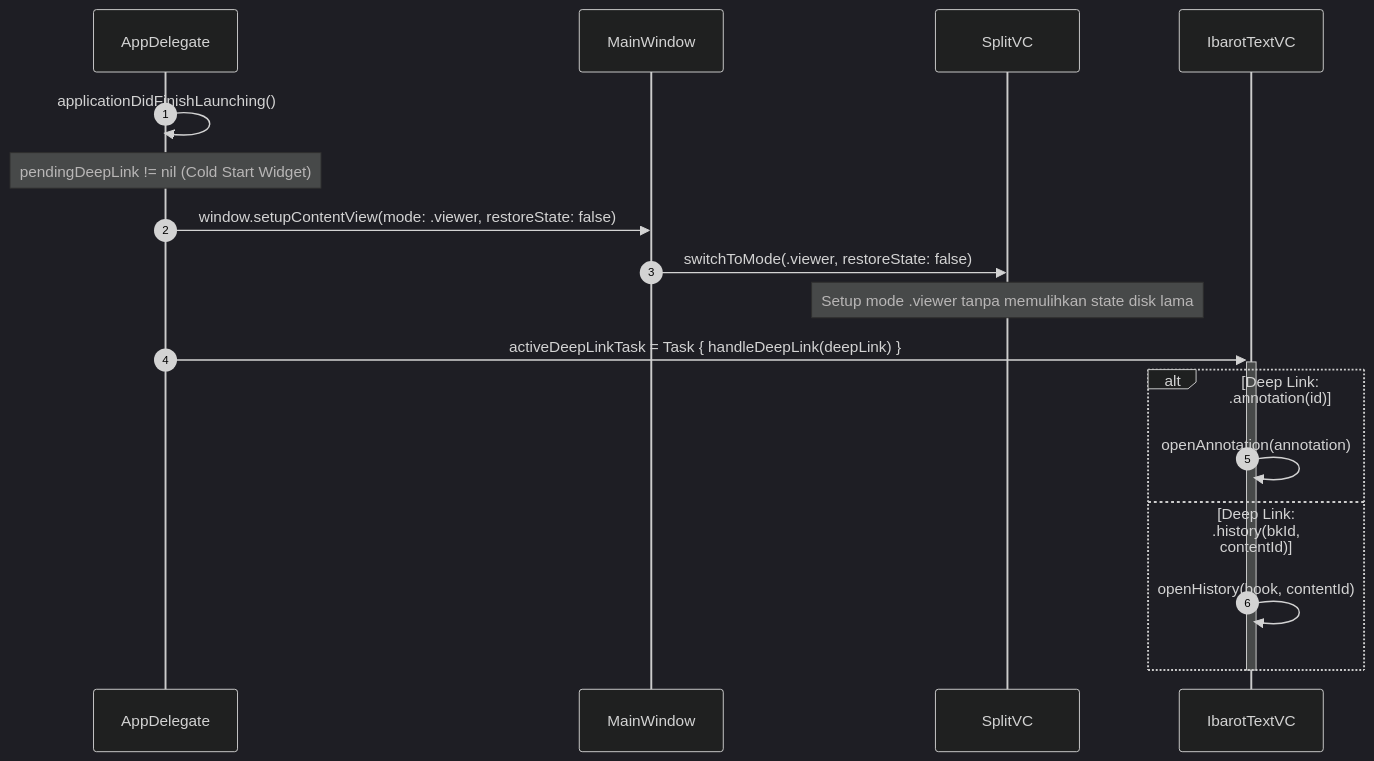
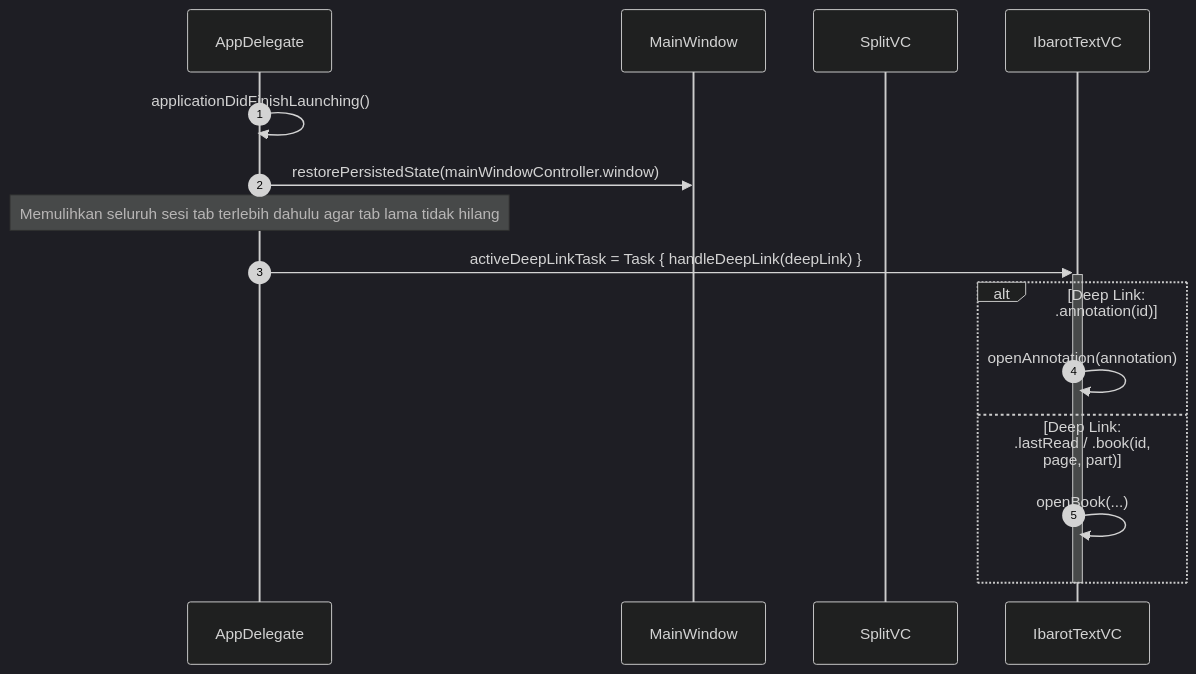
One commit to bismillah-100/Maktabah changed the tenth of 11 diagrams in docs/core/macos/splitvc.md. Above: the diagram before and after it, drawn with Mermaid (dark theme). The commit also changed other lines of this file and 13 other files, not shown here.

````diff
--- a/docs/core/macos/splitvc.md
+++ b/docs/core/macos/splitvc.md
@@ -227,22 +227,20 @@
 ```mermaid
 sequenceDiagram
     autonumber
     participant App as AppDelegate
     participant Win as MainWindow
     participant Split as SplitVC
     participant Reader as IbarotTextVC
 
     App->>App: applicationDidFinishLaunching()
-    Note over App: pendingDeepLink != nil (Cold Start Widget)
-    App->>Win: window.setupContentView(mode: .viewer, restoreState: false)
-    Win->>Split: switchToMode(.viewer, restoreState: false)
-    Note over Split: Setup mode .viewer tanpa memulihkan state disk lama
-
+    App->>Win: restorePersistedState(mainWindowController.window)
+    Note over App: Memulihkan seluruh sesi tab terlebih dahulu agar tab lama tidak hilang
+    
     App->>+Reader: activeDeepLinkTask = Task { handleDeepLink(deepLink) }
     alt Deep Link: .annotation(id)
         Reader->>Reader: openAnnotation(annotation)
-    else Deep Link: .history(bkId, contentId)
-        Reader->>Reader: openHistory(book, contentId)
+    else Deep Link: .lastRead / .book(id, page, part)
+        Reader->>Reader: openBook(...)
     end
     deactivate Reader
 ```
````
